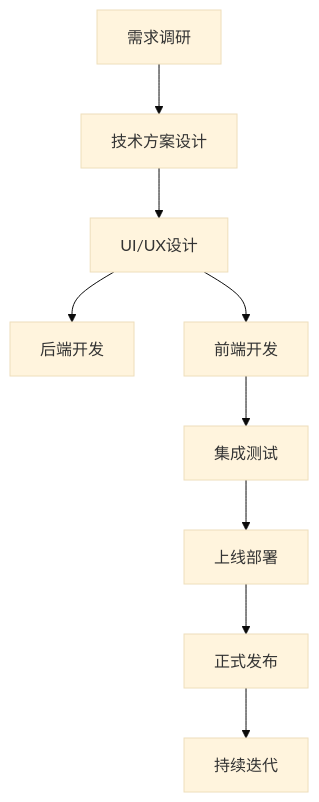
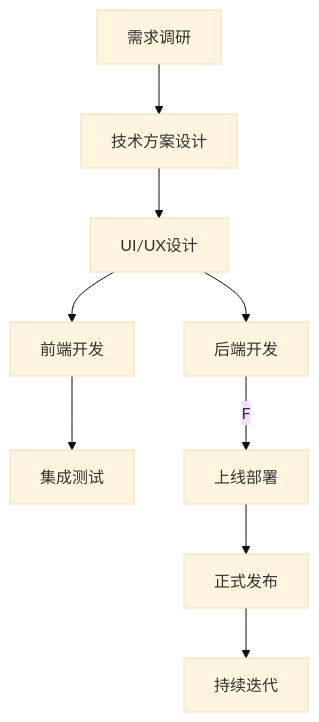
The diagram in all/未命名-4.md (funnyData/iodraw-files), drawn with Mermaid (base theme) before and after one commit.

Commit message:
2025-03-27 14:19:33 update

````diff
--- a/all/未命名-4.md
+++ b/all/未命名-4.md
@@ -1,11 +1,12 @@
 ```mermaid
 flowchart TD
     A[需求调研] --> B[技术方案设计]
     B --> C[UI/UX设计]
     C --> D[后端开发]
     C --> E[前端开发]
     E --> F[集成测试]
+    D --
     F --> G[上线部署]
     G --> H[正式发布]
     H --> I[持续迭代]
 ```
````
